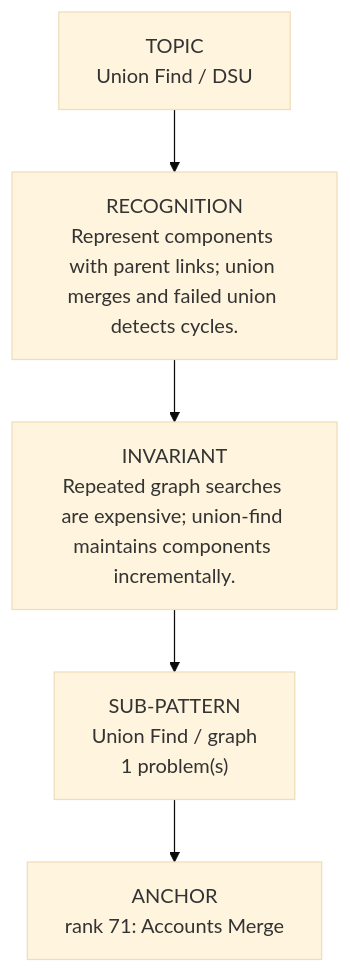
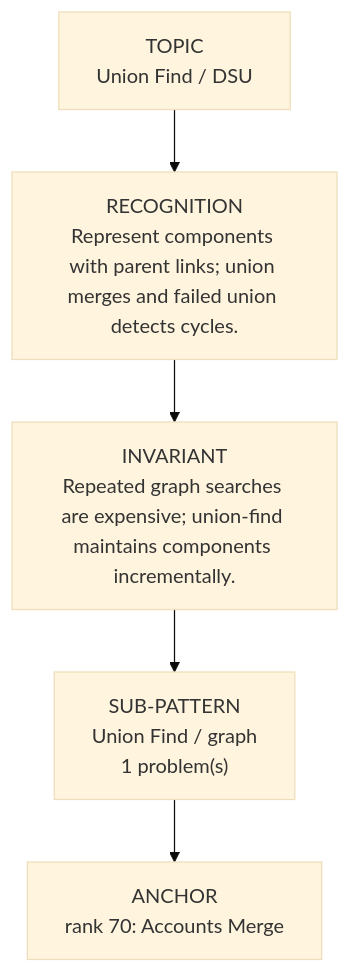
The diagram in dsa-review/interview/patterns/18_union_find.md (thechiranjeevjain/DSA10days), drawn with Mermaid (base theme) before and after one commit. The commit also changed other lines of this file and 61 other files, not shown here.

````diff
--- a/dsa-review/interview/patterns/18_union_find.md
+++ b/dsa-review/interview/patterns/18_union_find.md
@@ -15,9 +15,9 @@
 ```mermaid
 flowchart TD
   Topic["TOPIC<br/>Union Find / DSU"]
   Recognition["RECOGNITION<br/>Represent components with parent links; union merges and failed union detects cycles."]
   Invariant["INVARIANT<br/>Repeated graph searches are expensive; union-find maintains components incrementally."]
   Topic --> Recognition --> Invariant
   Invariant --> Sub01["SUB-PATTERN<br/>Union Find / graph<br/>1 problem(s)"]
-  Sub01 --> Sub01A01["ANCHOR<br/>rank 71: Accounts Merge"]
+  Sub01 --> Sub01A01["ANCHOR<br/>rank 70: Accounts Merge"]
 ```
````
